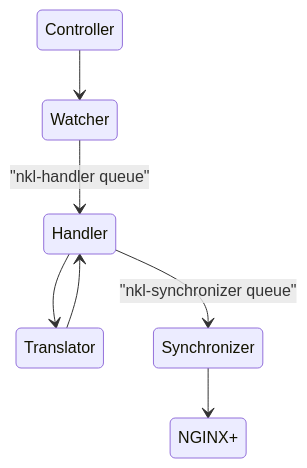
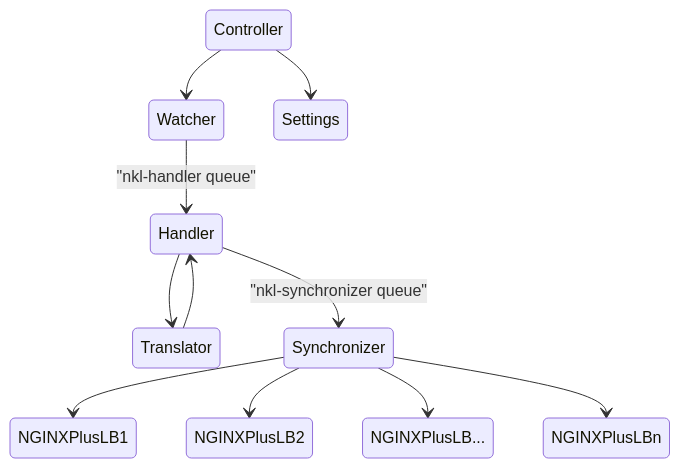
One commit to nginxinc/nginx-loadbalancer-kubernetes changed the diagram in DESIGN.md. Above: the diagram before and after it, drawn with Mermaid. The commit also changed other lines of this file, not shown here.

````diff
--- a/DESIGN.md
+++ b/DESIGN.md
@@ -12,9 +12,13 @@
 ```mermaid
 stateDiagram-v2
-    Controller --> Watcher 
+    Controller --> Watcher
+    Controller --> Settings 
     Watcher --> Handler : "nkl-handler queue"
     Handler --> Translator
     Translator --> Handler
     Handler --> Synchronizer : "nkl-synchronizer queue"
-    Synchronizer --> NGINX+
+    Synchronizer --> NGINXPlusLB1
+    Synchronizer --> NGINXPlusLB2
+    Synchronizer --> NGINXPlusLB...
+    Synchronizer --> NGINXPlusLBn
 ```
````
